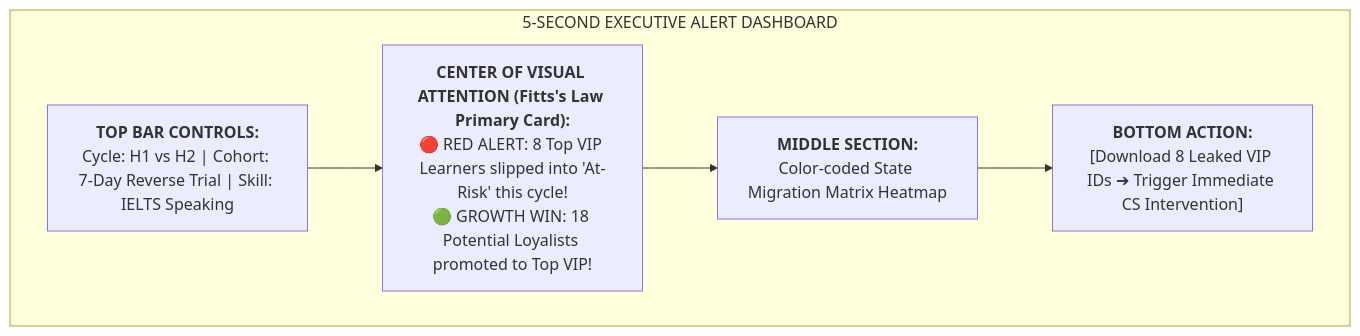
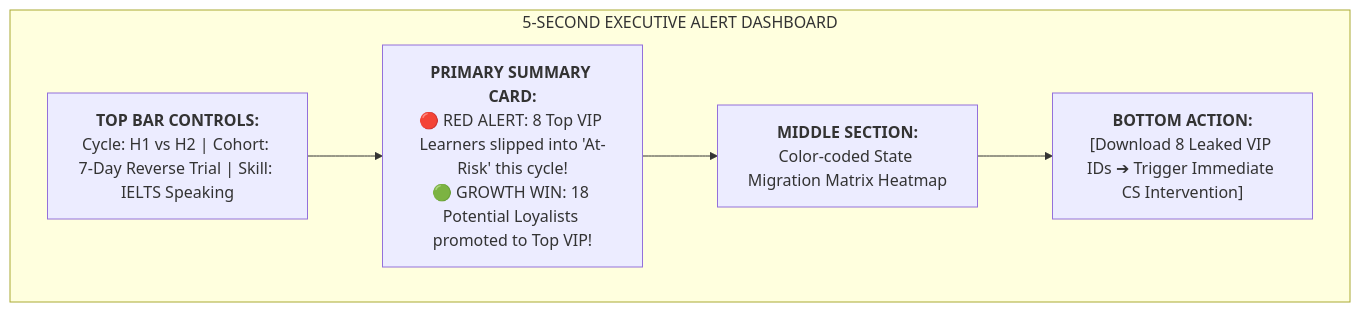
One commit to jimnguyendev/jimmy-kit changed the fourth of 4 diagrams in skills/analytics/advanced-rfm-segmentation/SKILL.md. Above: the diagram before and after it, drawn with Mermaid. The commit also changed other lines of this file and 92 other files, not shown here.

````diff
--- a/skills/analytics/advanced-rfm-segmentation/SKILL.md
+++ b/skills/analytics/advanced-rfm-segmentation/SKILL.md
@@ -99,11 +103,11 @@
 ```mermaid
 graph TD
     subgraph DASHBOARD_LAYOUT["5-SECOND EXECUTIVE ALERT DASHBOARD"]
-        CENTER["<b>CENTER OF VISUAL ATTENTION (Fitts's Law Primary Card):</b><br/>🔴 RED ALERT: 8 Top VIP Learners slipped into 'At-Risk' this cycle!<br/>🟢 GROWTH WIN: 18 Potential Loyalists promoted to Top VIP!"]
+        CENTER["<b>PRIMARY SUMMARY CARD:</b><br/>🔴 RED ALERT: 8 Top VIP Learners slipped into 'At-Risk' this cycle!<br/>🟢 GROWTH WIN: 18 Potential Loyalists promoted to Top VIP!"]
         FILTER["<b>TOP BAR CONTROLS:</b><br/>Cycle: H1 vs H2 | Cohort: 7-Day Reverse Trial | Skill: IELTS Speaking"]
         HEATMAP["<b>MIDDLE SECTION:</b><br/>Color-coded State Migration Matrix Heatmap"]
         EXPORT["<b>BOTTOM ACTION:</b><br/>[Download 8 Leaked VIP IDs ➔ Trigger Immediate CS Intervention]"]
     end
 
     FILTER --> CENTER --> HEATMAP --> EXPORT
 ```
````
